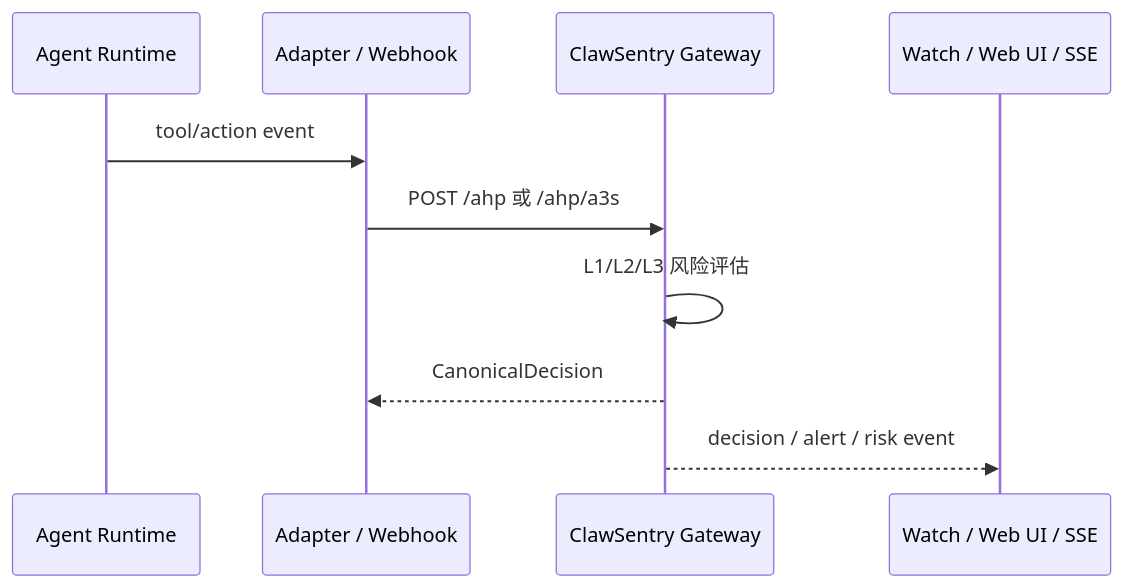
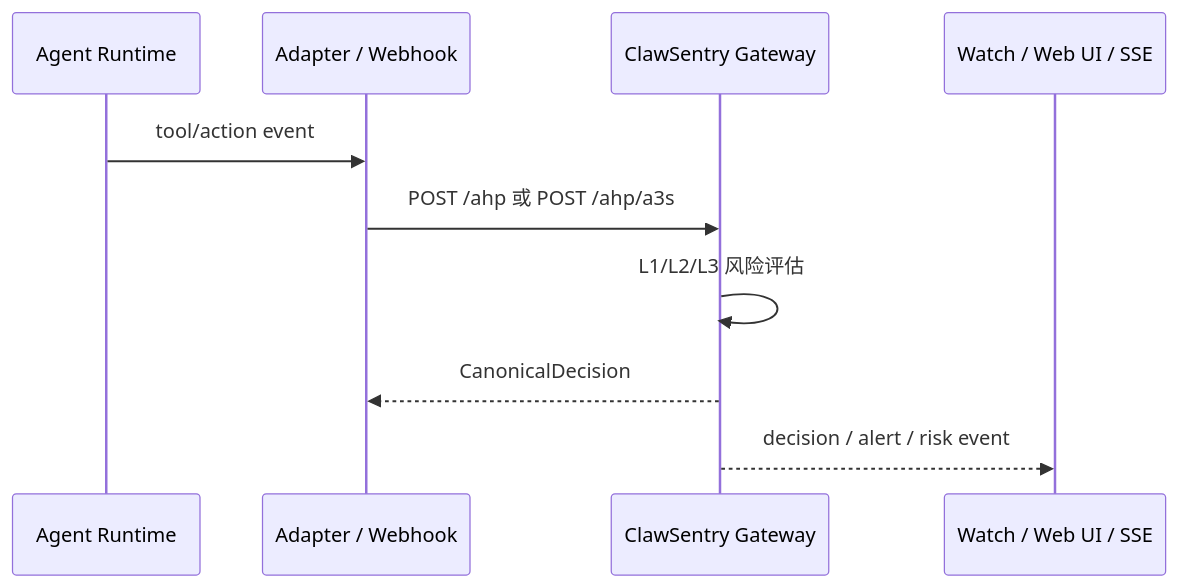
One commit to Elroyper/ClawSentry changed the diagram in site-docs/api/overview.md. Above: the diagram before and after it, drawn with Mermaid. The commit also changed other lines of this file and 9 other files, not shown here.

````diff
--- a/site-docs/api/overview.md
+++ b/site-docs/api/overview.md
@@ -77,13 +96,13 @@
 ```mermaid
 sequenceDiagram
     participant Agent as Agent Runtime
     participant Adapter as Adapter / Webhook
     participant Gateway as ClawSentry Gateway
     participant UI as Watch / Web UI / SSE
 
     Agent->>Adapter: tool/action event
-    Adapter->>Gateway: POST /ahp 或 /ahp/a3s
+    Adapter->>Gateway: POST /ahp 或 POST /ahp/a3s
     Gateway->>Gateway: L1/L2/L3 风险评估
     Gateway-->>Adapter: CanonicalDecision
     Gateway-->>UI: decision / alert / risk event
 ```
````
